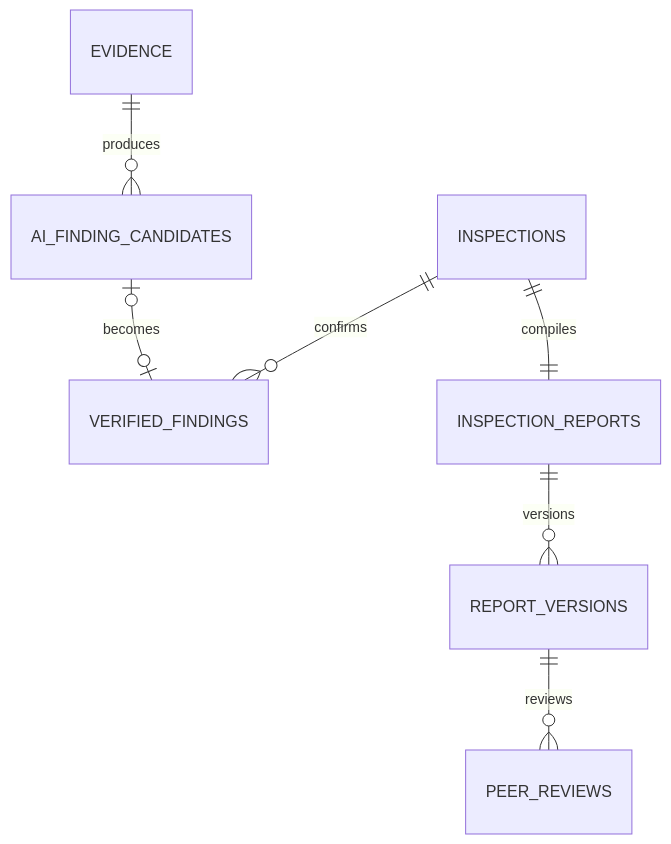
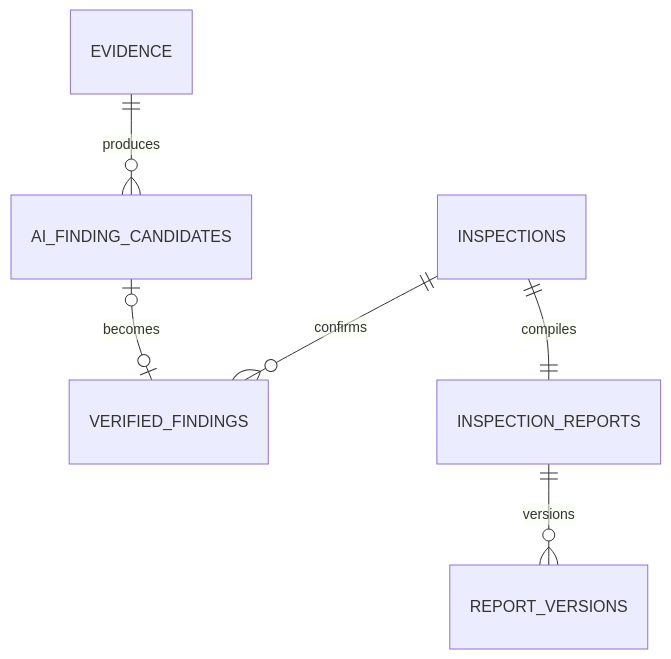
Before and after one commit to tungbach12/SmartDroneInspection-Docs: the third of 4 diagrams in project-reference/database-design.md, drawn with Mermaid. The commit also changed other lines of this file and 11 other files, not shown here.

Commit message:
docs(flows): make report author verify AI draft

````diff
--- a/project-reference/database-design.md
+++ b/project-reference/database-design.md
@@ -122,9 +122,8 @@
 ```mermaid
 erDiagram
     EVIDENCE ||--o{ AI_FINDING_CANDIDATES : produces
     INSPECTIONS ||--o{ VERIFIED_FINDINGS : confirms
     AI_FINDING_CANDIDATES o|--o| VERIFIED_FINDINGS : becomes
     INSPECTIONS ||--|| INSPECTION_REPORTS : compiles
     INSPECTION_REPORTS ||--o{ REPORT_VERSIONS : versions
-    REPORT_VERSIONS ||--o{ PEER_REVIEWS : reviews
 ```
````
